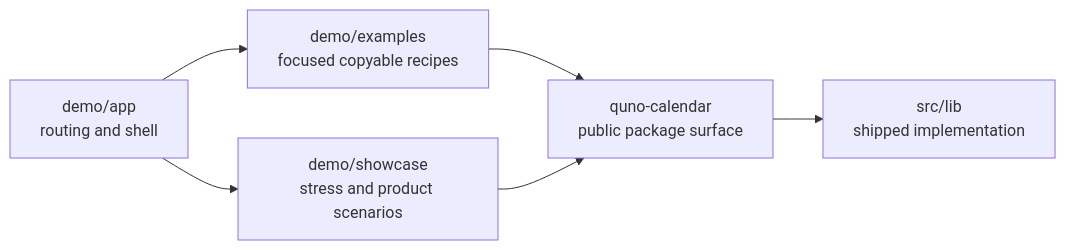
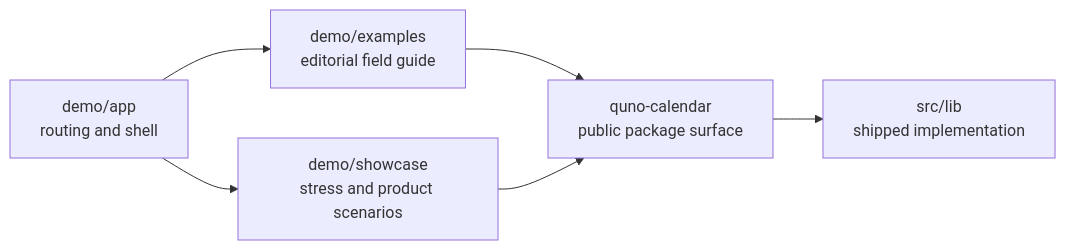
One commit to junomedical/quno-calendar changed the diagram in demo/README.md. Above: the diagram before and after it, drawn with Mermaid. The commit also changed other lines of this file and 89 other files, not shown here.

````diff
--- a/demo/README.md
+++ b/demo/README.md
@@ -5,8 +5,8 @@
 ```mermaid
 flowchart LR
-  App["demo/app<br/>routing and shell"] --> Recipes["demo/examples<br/>focused copyable recipes"]
+  App["demo/app<br/>routing and shell"] --> Guide["demo/examples<br/>editorial field guide"]
   App --> Showcase["demo/showcase<br/>stress and product scenarios"]
-  Recipes --> Public["quno-calendar<br/>public package surface"]
+  Guide --> Public["quno-calendar<br/>public package surface"]
   Showcase --> Public
   Public --> Library["src/lib<br/>shipped implementation"]
 ```
````
